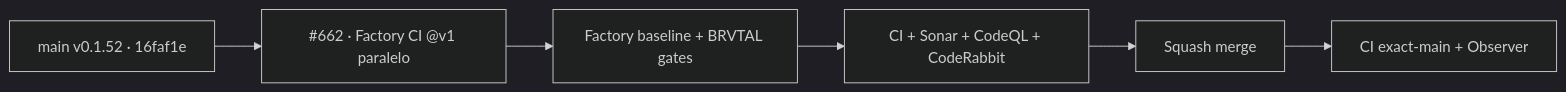
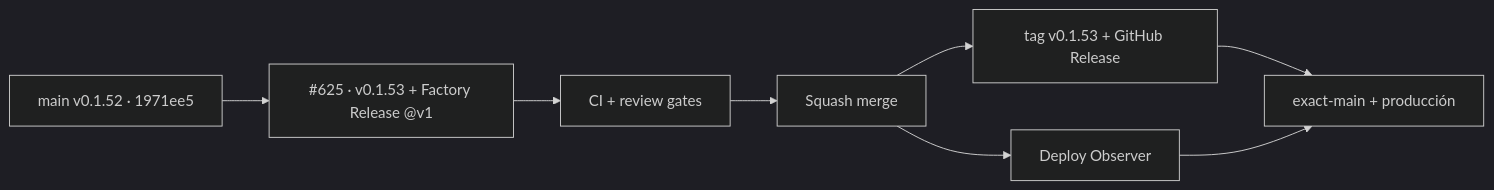
One commit to pl0n3r/brvtal changed the diagram in README.md. Above: the diagram before and after it, drawn with Mermaid (dark theme). The commit also changed other lines of this file and 4 other files, not shown here.

First line of the commit message:
ci(factory): adopt Factory release v1 (v0.1.53)

````diff
--- a/README.md
+++ b/README.md
@@ -53,7 +50,9 @@
 ```mermaid
 flowchart LR
-  B["main v0.1.52 · 16faf1e"] --> P["#662 · Factory CI @v1 paralelo"]
-  P --> G["Factory baseline + BRVTAL gates"]
-  G --> C["CI + Sonar + CodeQL + CodeRabbit"]
-  C --> M["Squash merge"] --> V["CI exact-main + Observer"]
+  B["main v0.1.52 · 1971ee5"] --> P["#625 · v0.1.53 + Factory Release @v1"]
+  P --> C["CI + review gates"] --> M["Squash merge"]
+  M --> R["tag v0.1.53 + GitHub Release"]
+  M --> O["Deploy Observer"]
+  R --> V["exact-main + producción"]
+  O --> V
 ```
````
